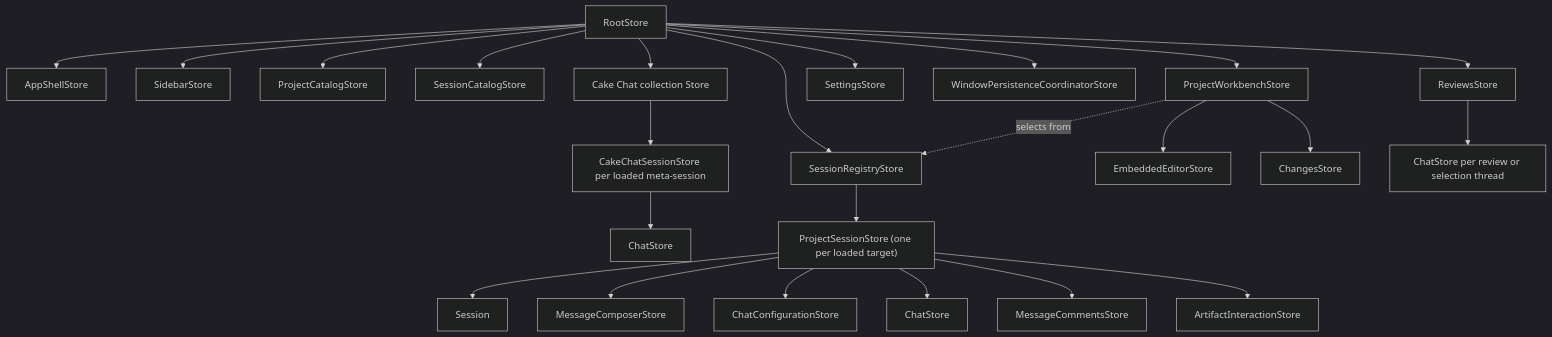
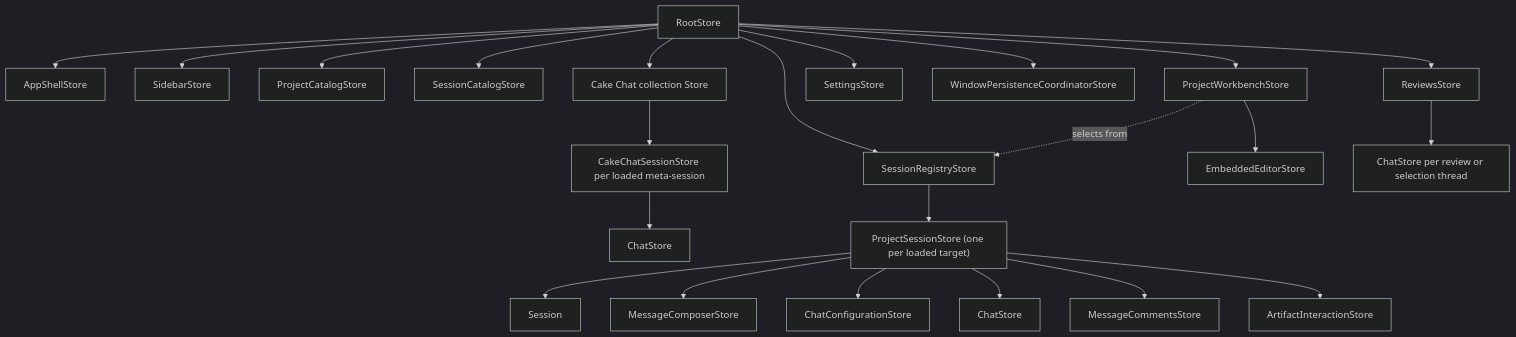
Before and after one commit to melnikov-s/cake: the diagram in docs/architecture/cake-architecture.md, drawn with Mermaid (dark theme). The commit also changed other lines of this file and 84 other files, not shown here.

````diff
--- a/docs/architecture/cake-architecture.md
+++ b/docs/architecture/cake-architecture.md
@@ -253,26 +255,25 @@
 ```mermaid
 flowchart TD
   Root["RootStore"] --> Shell["AppShellStore"]
   Root --> Sidebar["SidebarStore"]
   Root --> Projects["ProjectCatalogStore"]
   Root --> Catalog["SessionCatalogStore"]
   Root --> Registry["SessionRegistryStore"]
   Root --> Workbench["ProjectWorkbenchStore"]
   Root --> CakeChat["Cake Chat collection Store"]
   CakeChat --> CakeSession["CakeChatSessionStore per loaded meta-session"]
   CakeSession --> MetaChat["ChatStore"]
   Root --> Settings["SettingsStore"]
   Root --> Persistence["WindowPersistenceCoordinatorStore"]
   Workbench -. selects from .-> Registry
   Workbench --> IDE["EmbeddedEditorStore"]
-  Workbench --> Changes["ChangesStore"]
   Registry --> Session["ProjectSessionStore (one per loaded target)"]
   Session --> Model["Session"]
   Session --> Composer["MessageComposerStore"]
   Session --> Config["ChatConfigurationStore"]
   Session --> Chat["ChatStore"]
   Session --> Comments["MessageCommentsStore"]
   Session --> Artifacts["ArtifactInteractionStore"]
   Root --> Reviews["ReviewsStore"]
   Reviews --> ThreadChats["ChatStore per review or selection thread"]
 ```
````
